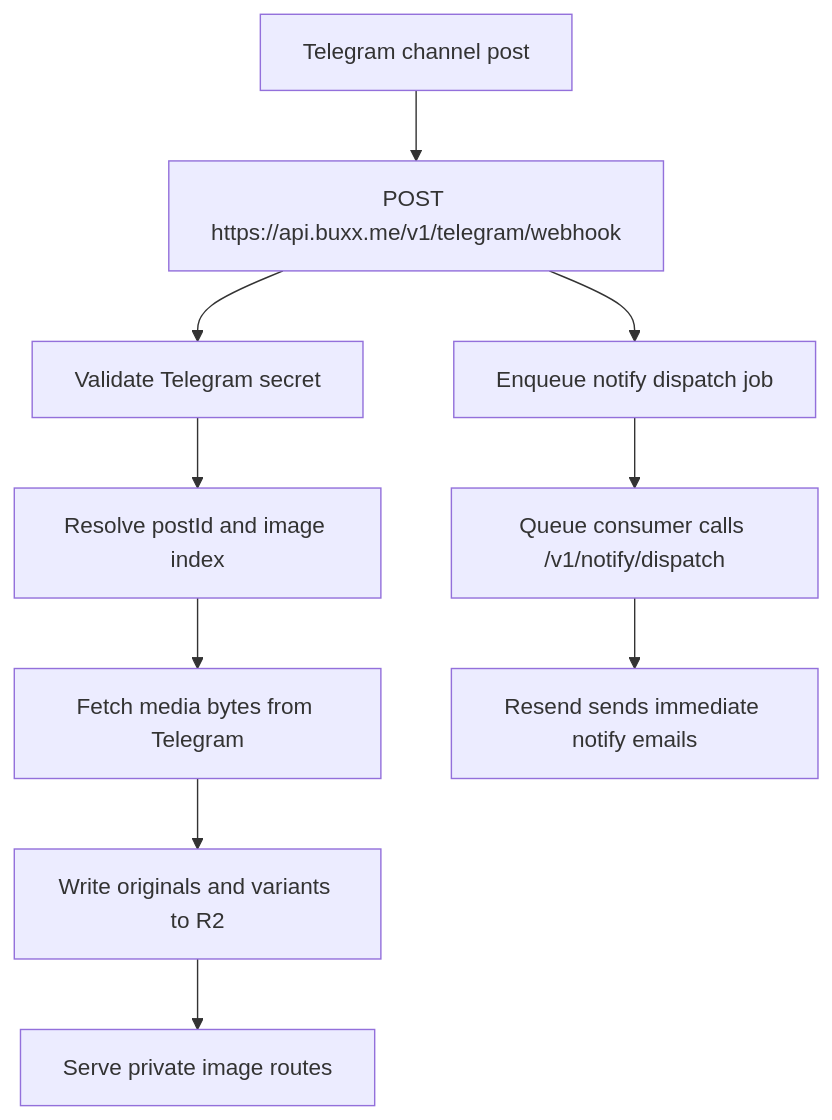
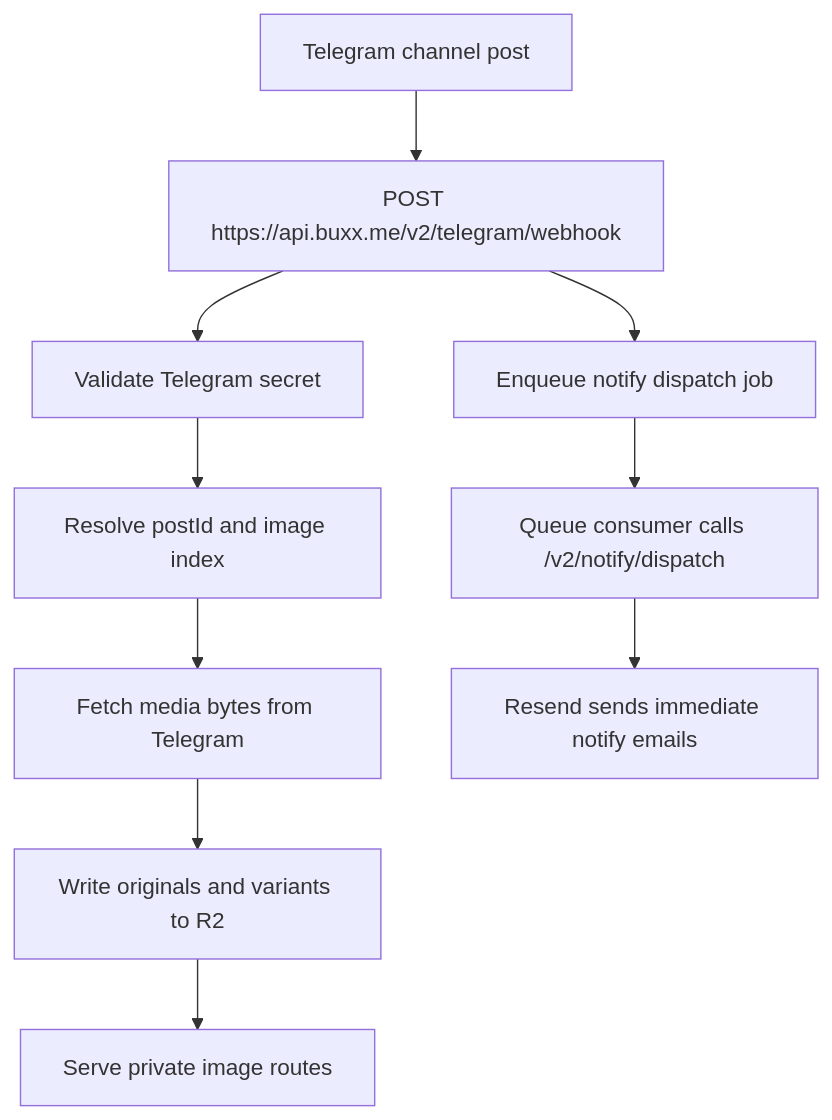
Before and after one commit to bunizao/site: the diagram in src/content/docs/docs/pipeline/telegram.md, drawn with Mermaid. The commit also changed other lines of this file and 26 other files, not shown here.

````diff
--- a/src/content/docs/docs/pipeline/telegram.md
+++ b/src/content/docs/docs/pipeline/telegram.md
@@ -11,12 +11,12 @@
 ```mermaid
 flowchart TD
-  A["Telegram channel post"] --> B["POST https://api.buxx.me/v1/telegram/webhook"]
+  A["Telegram channel post"] --> B["POST https://api.buxx.me/v2/telegram/webhook"]
   B --> C["Validate Telegram secret"]
   C --> D["Resolve postId and image index"]
   D --> E["Fetch media bytes from Telegram"]
   E --> F["Write originals and variants to R2"]
   F --> G["Serve private image routes"]
   B --> H["Enqueue notify dispatch job"]
-  H --> I["Queue consumer calls /v1/notify/dispatch"]
+  H --> I["Queue consumer calls /v2/notify/dispatch"]
   I --> J["Resend sends immediate notify emails"]
 ```
````
